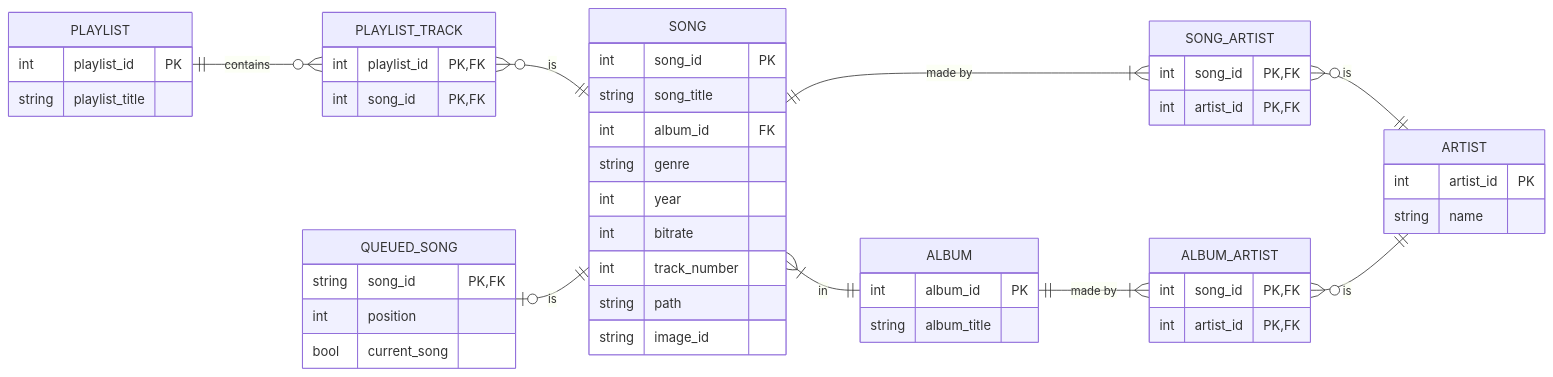
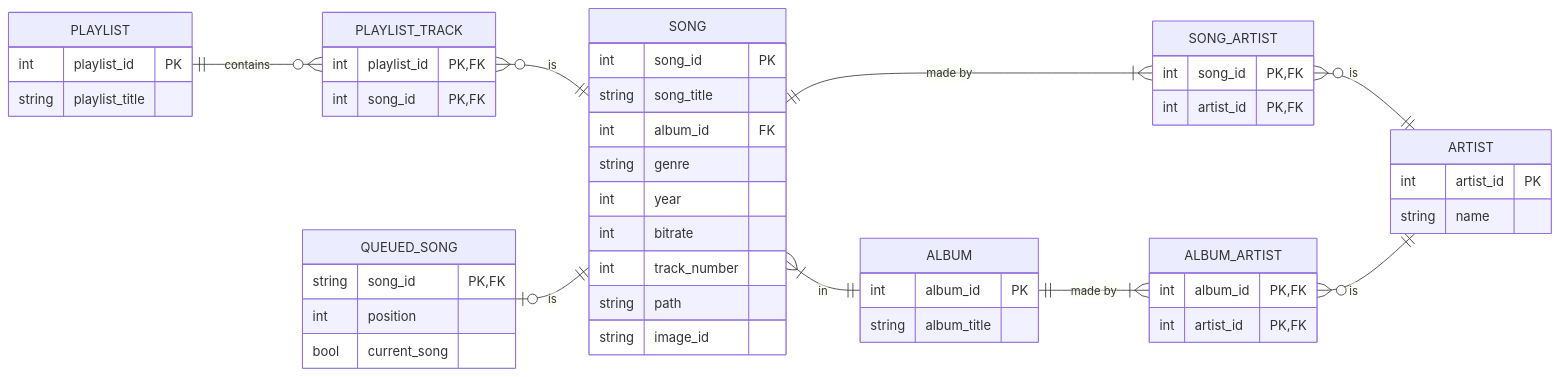
One commit to jossue845/On-premise-Music-Player changed the diagram in resources/mermaid/er-diagram.md. Above: the diagram before and after it, drawn with Mermaid.

Commit message:
fix typo in ER diagram

````diff
--- a/resources/mermaid/er-diagram.md
+++ b/resources/mermaid/er-diagram.md
@@ -1,53 +1,53 @@
 ```mermaid
 erDiagram
     direction LR
     SONG{
         int song_id PK
         string song_title
         int album_id FK
         string genre
         int year
         int bitrate
         int track_number
         string path
         string image_id
     }
     PLAYLIST{
         int playlist_id PK
         string playlist_title
     }
     PLAYLIST_TRACK{
         int playlist_id PK, FK
         int song_id PK, FK
     }
 
     QUEUED_SONG{
         string song_id PK, FK
         int position
         bool current_song
     }
     SONG_ARTIST{
         int song_id PK, FK
         int artist_id PK, FK
     }
     ALBUM{
         int album_id PK
         string album_title
     }
     ARTIST{
         int artist_id PK
         string name
     }
     ALBUM_ARTIST{
-        int song_id PK, FK
+        int album_id PK, FK
         int artist_id PK, FK
     }
     PLAYLIST_TRACK }o--|| SONG : "is"
     PLAYLIST ||--o{ PLAYLIST_TRACK : "contains"
     QUEUED_SONG o|--|| SONG : "is"
     SONG |{--|| ALBUM : "in"
     SONG ||--|{ SONG_ARTIST : "made by"
     ALBUM ||--|{ ALBUM_ARTIST : "made by"
     SONG_ARTIST o{--|| ARTIST: "is"
     ALBUM_ARTIST o{--|| ARTIST: "is"
 ```
````
